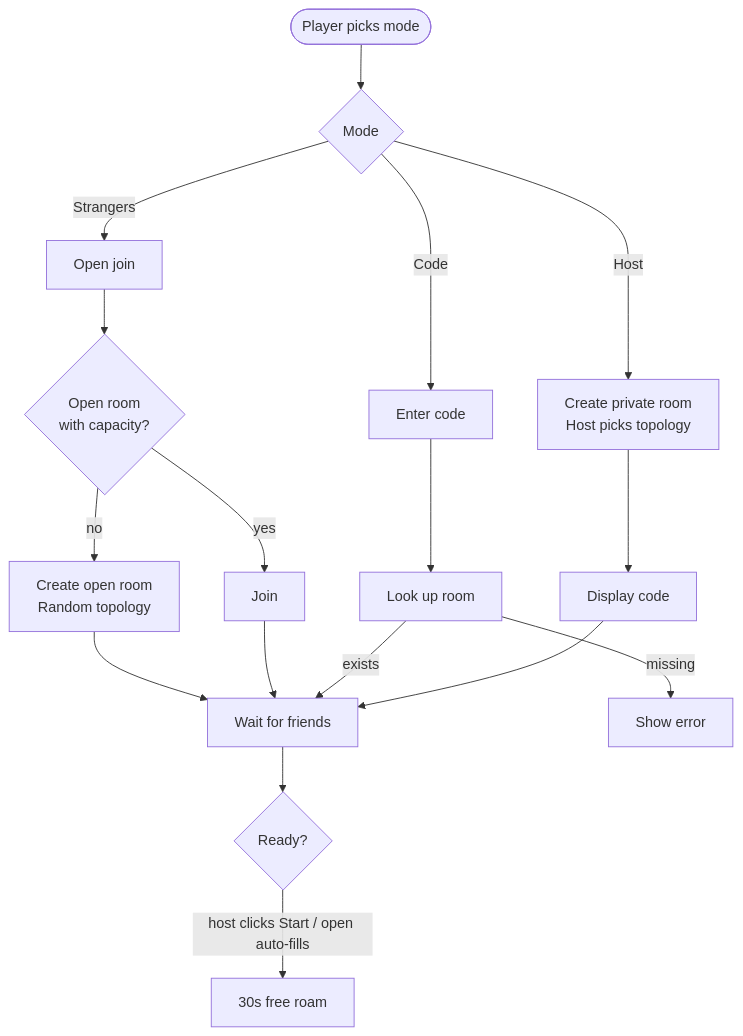
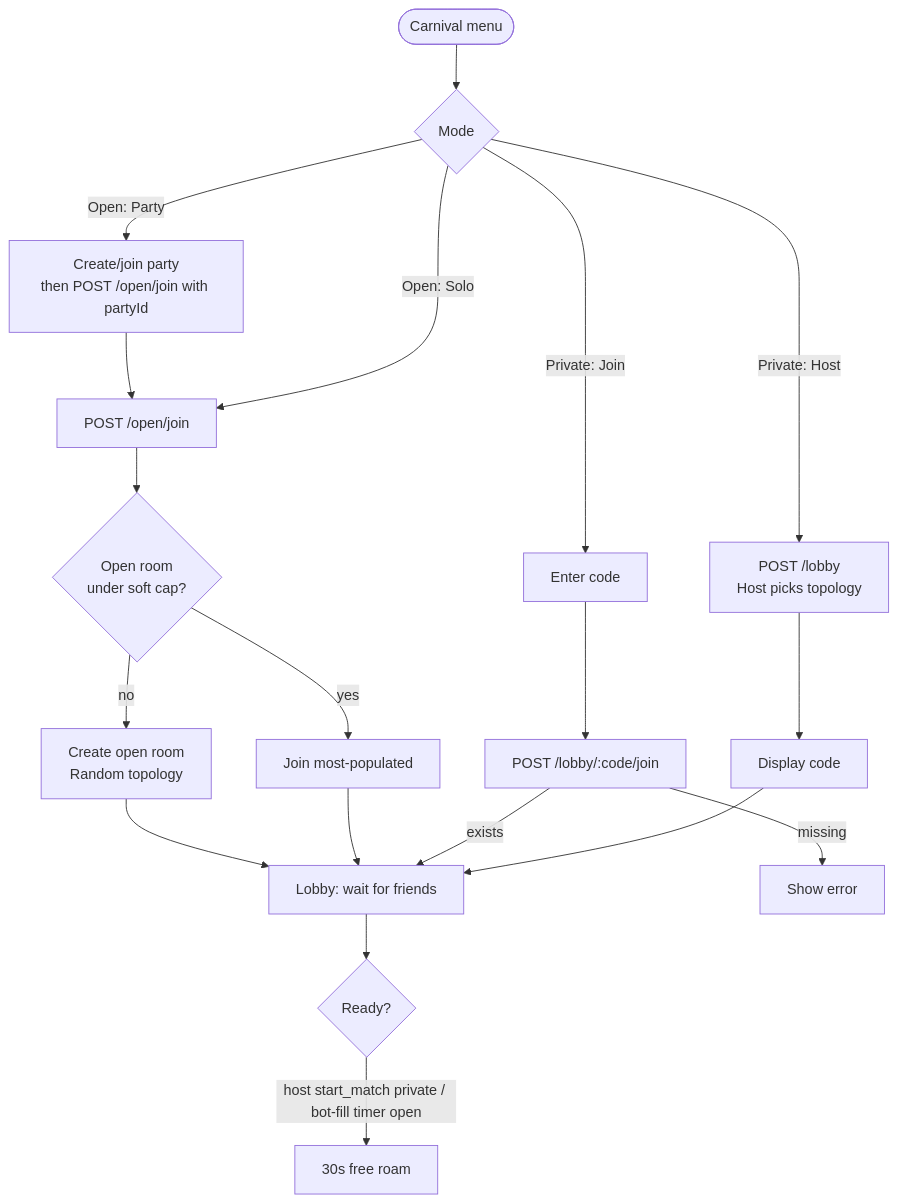
The seventh of 9 diagrams in docs/ARCHITECTURE.md (sean-reid/clowns-and-mimes), drawn with Mermaid before and after one commit. The commit also changed other lines of this file, not shown here.

First line of the commit message:
docs: correct ARCHITECTURE mermaid diagrams against v0.6 code

````diff
--- a/docs/ARCHITECTURE.md
+++ b/docs/ARCHITECTURE.md
@@ -363,19 +365,21 @@
 ```mermaid
 flowchart TD
-  Start([Player picks mode]) --> Mode{Mode}
-  Mode -->|Host| Create[Create private room\nHost picks topology]
+  Start([Carnival menu]) --> Mode{Mode}
+  Mode -->|Private: Host| Create[POST /lobby\nHost picks topology]
   Create --> ShareCode[Display code]
-  ShareCode --> Wait[Wait for friends]
-  Mode -->|Code| EnterCode[Enter code]
-  EnterCode --> Lookup[Look up room]
+  ShareCode --> Wait[Lobby: wait for friends]
+  Mode -->|Private: Join| EnterCode[Enter code]
+  EnterCode --> Lookup[POST /lobby/:code/join]
   Lookup -->|exists| Wait
   Lookup -->|missing| Error[Show error]
-  Mode -->|Strangers| OpenJoin[Open join]
-  OpenJoin --> Find{Open room\nwith capacity?}
-  Find -->|yes| JoinExisting[Join]
+  Mode -->|Open: Solo| OpenJoin[POST /open/join]
+  Mode -->|Open: Party| PartyFlow[Create/join party\nthen POST /open/join with partyId]
+  PartyFlow --> OpenJoin
+  OpenJoin --> Find{Open room\nunder soft cap?}
+  Find -->|yes| JoinExisting[Join most-populated]
   Find -->|no| CreateOpen[Create open room\nRandom topology]
   JoinExisting --> Wait
   CreateOpen --> Wait
   Wait --> Ready{Ready?}
-  Ready -->|host clicks Start / open auto-fills| Free[30s free roam]
+  Ready -->|host start_match private / bot-fill timer open| Free[30s free roam]
 ```
````
